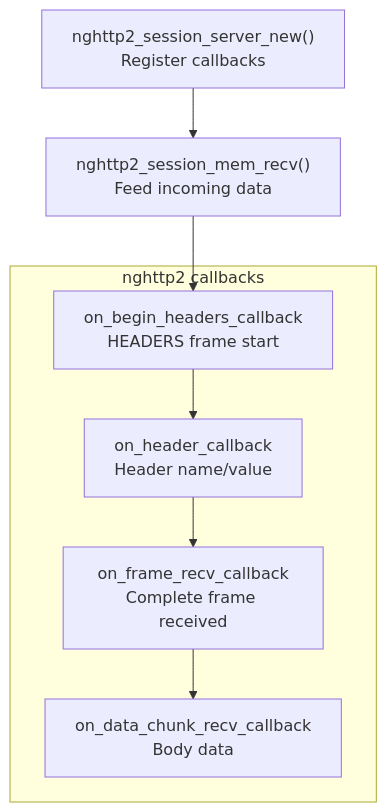
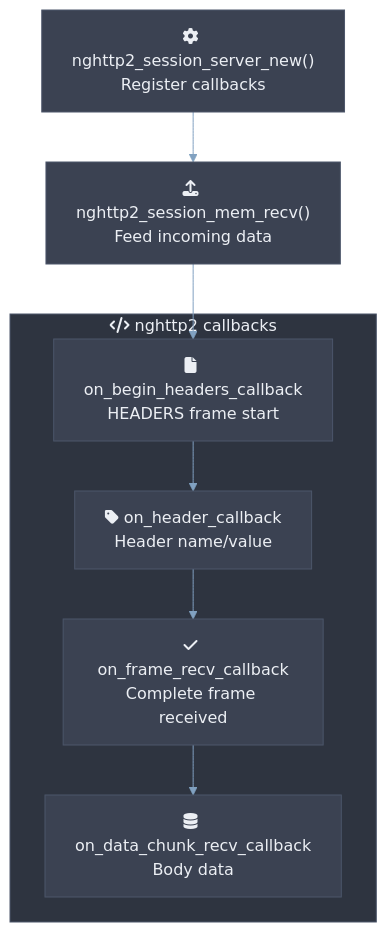
The seventh of 9 diagrams in docs/module-design/server.md (quintin-lee/csilk), drawn with Mermaid before and after one commit. The commit also changed other lines of this file and 30 other files, not shown here.

Commit message:
docs(docs): 📝 apply Nord Mermaid theme, RFC 2119 keywords, and quantified metrics to all docs

````diff
--- a/docs/module-design/server.md
+++ b/docs/module-design/server.md
@@ -341,14 +451,36 @@
 ```mermaid
+%%{init: {
+  'theme': 'base',
+  'themeVariables': {
+    'background': '#2E3440',
+    'primaryColor': '#81A1C1',
+    'primaryBorderColor': '#4C566A',
+    'primaryTextColor': '#ECEFF4',
+    'secondaryColor': '#3B4252',
+    'secondaryBorderColor': '#434C5E',
+    'secondaryTextColor': '#D8DEE9',
+    'lineColor': '#81A1C1',
+    'textColor': '#ECEFF4',
+    'mainBkg': '#3B4252',
+    'nodeBorder': '#4C566A',
+    'clusterBkg': '#2E3440',
+    'clusterBorder': '#4C566A',
+    'titleColor': '#ECEFF4',
+    'edgeLabelBackground': '#3B4252',
+    'nodeTextColor': '#ECEFF4'
+  },
+  'flowchart': {'htmlLabels': true, 'curve': 'basis'}
+}}%%
 flowchart TB
-    SETUP["nghttp2_session_server_new()<br/>Register callbacks"] --> PARSE
-    subgraph "nghttp2 callbacks"
-        OBH["on_begin_headers_callback<br/>HEADERS frame start"]
-        OHC["on_header_callback<br/>Header name/value"]
-        OFR["on_frame_recv_callback<br/>Complete frame received"]
-        ODC["on_data_chunk_recv_callback<br/>Body data"]
+    SETUP["fa:fa-cog nghttp2_session_server_new()<br/>Register callbacks"] --> PARSE
+    subgraph h2_callbacks["fa:fa-code nghttp2 callbacks"]
+        OBH["fa:fa-file on_begin_headers_callback<br/>HEADERS frame start"]
+        OHC["fa:fa-tag on_header_callback<br/>Header name/value"]
+        OFR["fa:fa-check on_frame_recv_callback<br/>Complete frame received"]
+        ODC["fa:fa-database on_data_chunk_recv_callback<br/>Body data"]
     end
-    PARSE["nghttp2_session_mem_recv()<br/>Feed incoming data"] --> OBH
+    PARSE["fa:fa-upload nghttp2_session_mem_recv()<br/>Feed incoming data"] --> OBH
     OBH --> OHC
     OHC --> OFR
     OFR --> ODC
 ```
````
